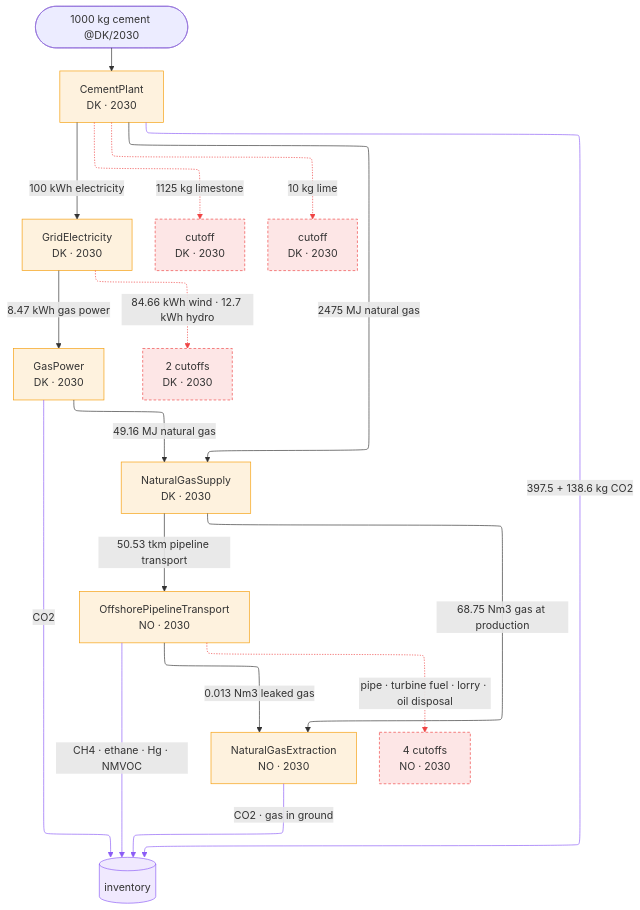
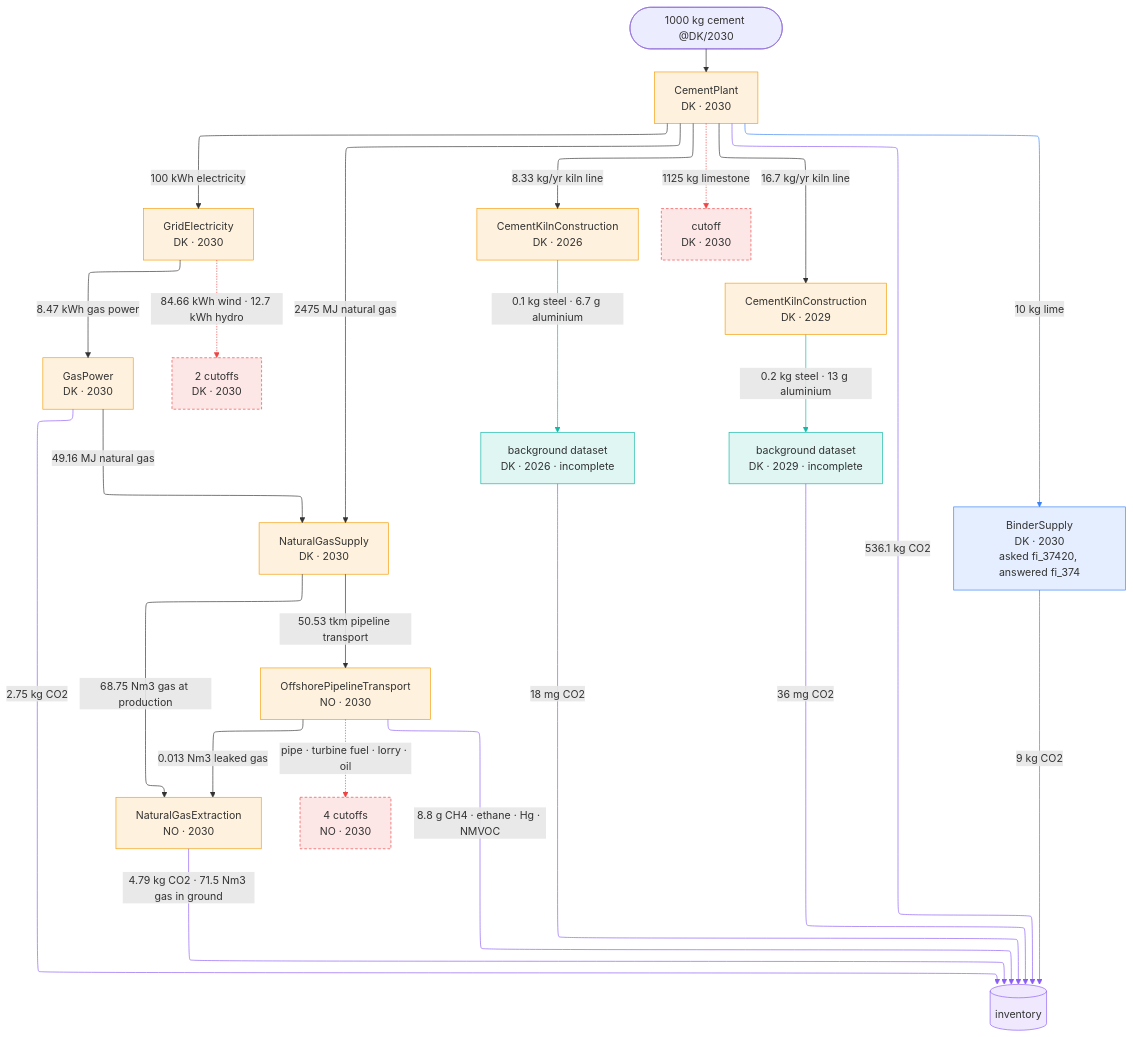
The second of 2 diagrams in docs/pitch-5min.md (TimoDiepers/trailrunner), drawn with Mermaid before and after one commit. The commit also changed other lines of this file and 1 other file, not shown here.

Commit message:
docs(showcase): split the concept from the cement example, colour the graph by tier

````diff
--- a/docs/pitch-5min.md
+++ b/docs/pitch-5min.md
@@ -128,35 +158,48 @@
 ```mermaid
 %%{init: {'layout': 'elk'}}%%
 flowchart TB
     D(["1000 kg cement @DK/2030"]) --> CP["CementPlant<br/>DK · 2030"]
 
     CP -->|"2475 MJ natural gas"| NGS["NaturalGasSupply<br/>DK · 2030"]
     CP -->|"100 kWh electricity"| GE["GridElectricity<br/>DK · 2030"]
-    CP -.->|"1125 kg limestone"| X1["cutoff<br/>DK · 2030"]
-    CP -.->|"10 kg lime"| X2["cutoff<br/>DK · 2030"]
+    CP -->|"10 kg lime"| BS["BinderSupply<br/>DK · 2030<br/>asked fi_37420, answered fi_374"]
+    CP -->|"8.33 kg/yr kiln line"| K26["CementKilnConstruction<br/>DK · 2026"]
+    CP -->|"16.7 kg/yr kiln line"| K29["CementKilnConstruction<br/>DK · 2029"]
+    CP -.->|"1125 kg limestone"| XG["cutoff<br/>DK · 2030"]
 
     NGS -->|"68.75 Nm3 gas at production"| NGE["NaturalGasExtraction<br/>NO · 2030"]
     NGS -->|"50.53 tkm pipeline transport"| PT["OffshorePipelineTransport<br/>NO · 2030"]
     PT -->|"0.013 Nm3 leaked gas"| NGE
-    PT -.->|"pipe · turbine fuel · lorry · oil disposal"| X3["4 cutoffs<br/>NO · 2030"]
+    PT -.->|"pipe · turbine fuel · lorry · oil"| XP["4 cutoffs<br/>NO · 2030"]
 
     GE -->|"8.47 kWh gas power"| GP["GasPower<br/>DK · 2030"]
-    GE -.->|"84.66 kWh wind · 12.7 kWh hydro"| X4["2 cutoffs<br/>DK · 2030"]
+    GE -.->|"84.66 kWh wind · 12.7 kWh hydro"| XE["2 cutoffs<br/>DK · 2030"]
     GP -->|"49.16 MJ natural gas"| NGS
 
-    CP -->|"397.5 + 138.6 kg CO2"| INV[("inventory")]
-    GP -->|"CO2"| INV
-    NGE -->|"CO2 · gas in ground"| INV
-    PT -->|"CH4 · ethane · Hg · NMVOC"| INV
+    K26 -->|"0.1 kg steel · 6.7 g aluminium"| B26["background dataset<br/>DK · 2026 · incomplete"]
+    K29 -->|"0.2 kg steel · 13 g aluminium"| B29["background dataset<br/>DK · 2029 · incomplete"]
 
-    classDef model fill:#f59e0b22,stroke:#f59e0b
+    CP -->|"536.1 kg CO2"| INV[("inventory")]
+    BS -->|"9 kg CO2"| INV
+    GP -->|"2.75 kg CO2"| INV
+    NGE -->|"4.79 kg CO2 · 71.5 Nm3 gas in ground"| INV
+    PT -->|"8.8 g CH4 · ethane · Hg · NMVOC"| INV
+    B26 -->|"18 mg CO2"| INV
+    B29 -->|"36 mg CO2"| INV
+
+    classDef t1 fill:#f59e0b22,stroke:#f59e0b
+    classDef t2 fill:#3b82f622,stroke:#3b82f6
+    classDef t3 fill:#14b8a622,stroke:#14b8a6
     classDef gap fill:#ef444422,stroke:#ef4444,stroke-dasharray:4 3
     classDef record fill:#8b5cf622,stroke:#8b5cf6
-    class CP,NGS,NGE,PT,GE,GP model
-    class X1,X2,X3,X4 gap
+    class CP,NGS,NGE,PT,GE,GP,K26,K29 t1
+    class BS t2
+    class B26,B29 t3
+    class XG,XP,XE gap
     class INV record
 
-    linkStyle 3,4,8,10 stroke:#ef4444
-    %% the four edges into the inventory: elementary flows, not demands
-    linkStyle 12,13,14,15 stroke:#8b5cf6
+    linkStyle 3 stroke:#3b82f6
+    linkStyle 14,15 stroke:#14b8a6
+    linkStyle 6,10,12 stroke:#ef4444
+    linkStyle 16,17,18,19,20,21,22 stroke:#8b5cf6
 ```
````
